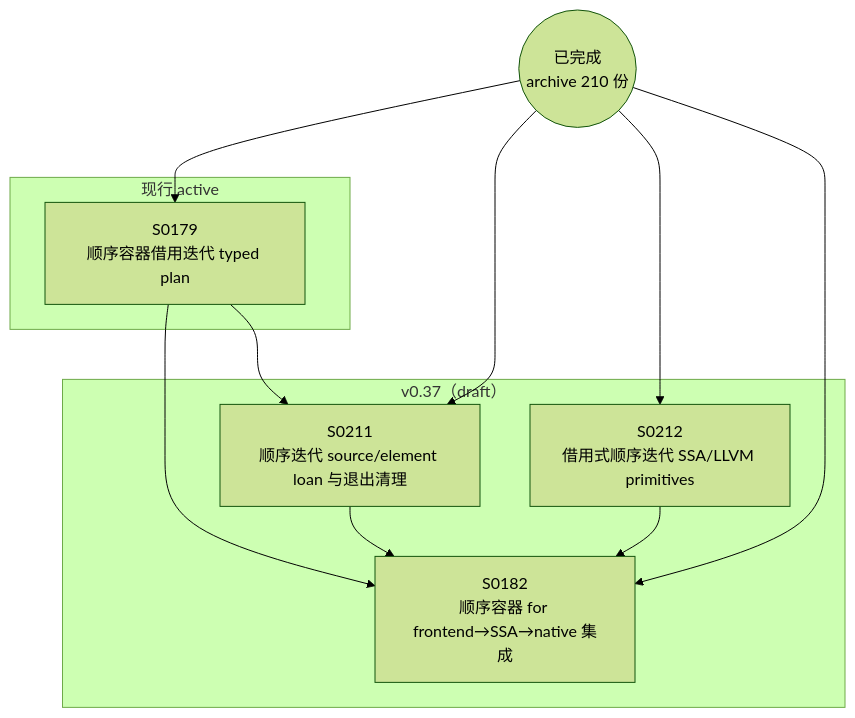
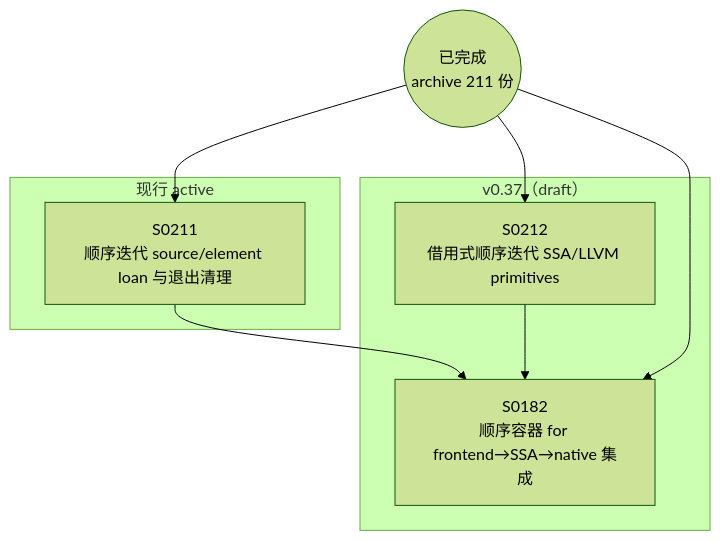
Before and after one commit to Halckon/Koven: the diagram in docs/specs/dependency-graph.md, drawn with Mermaid (forest theme). The commit also changed other lines of this file and 29 other files, not shown here.

````diff
--- a/docs/specs/dependency-graph.md
+++ b/docs/specs/dependency-graph.md
@@ -9,20 +9,16 @@
 ```mermaid
 flowchart TD
-ARCH(("已完成<br/>archive 210 份"))
+ARCH(("已完成<br/>archive 211 份"))
 subgraph Gactive["现行 active"]
-  S0179["S0179<br/>顺序容器借用迭代 typed plan"]
+  S0211["S0211<br/>顺序迭代 source/element loan 与退出清理"]
 end
 subgraph Gdrafts_v037["v0.37（draft）"]
   S0182["S0182<br/>顺序容器 for frontend→SSA→native 集成"]
-  S0211["S0211<br/>顺序迭代 source/element loan 与退出清理"]
   S0212["S0212<br/>借用式顺序迭代 SSA/LLVM primitives"]
 end
-S0179 --> S0182
-S0179 --> S0211
 S0211 --> S0182
 S0212 --> S0182
-ARCH --> S0179
 ARCH --> S0182
 ARCH --> S0211
 ARCH --> S0212
 ```
````
